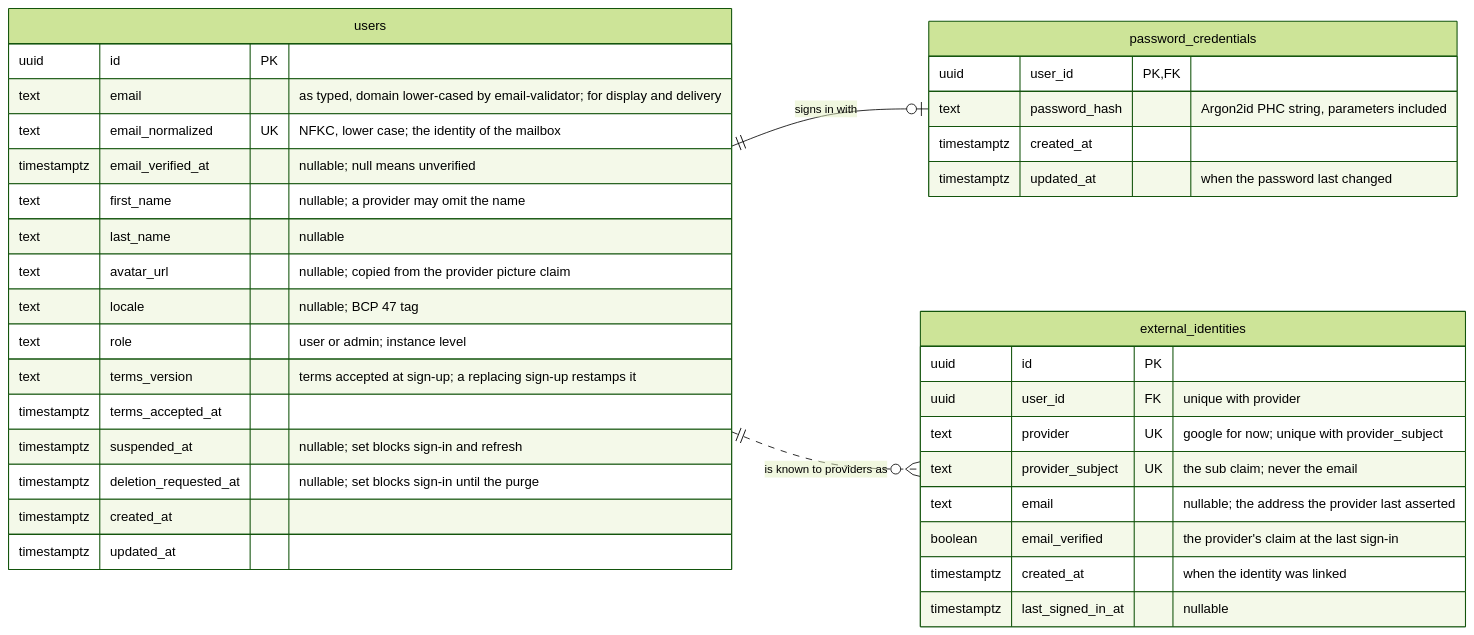
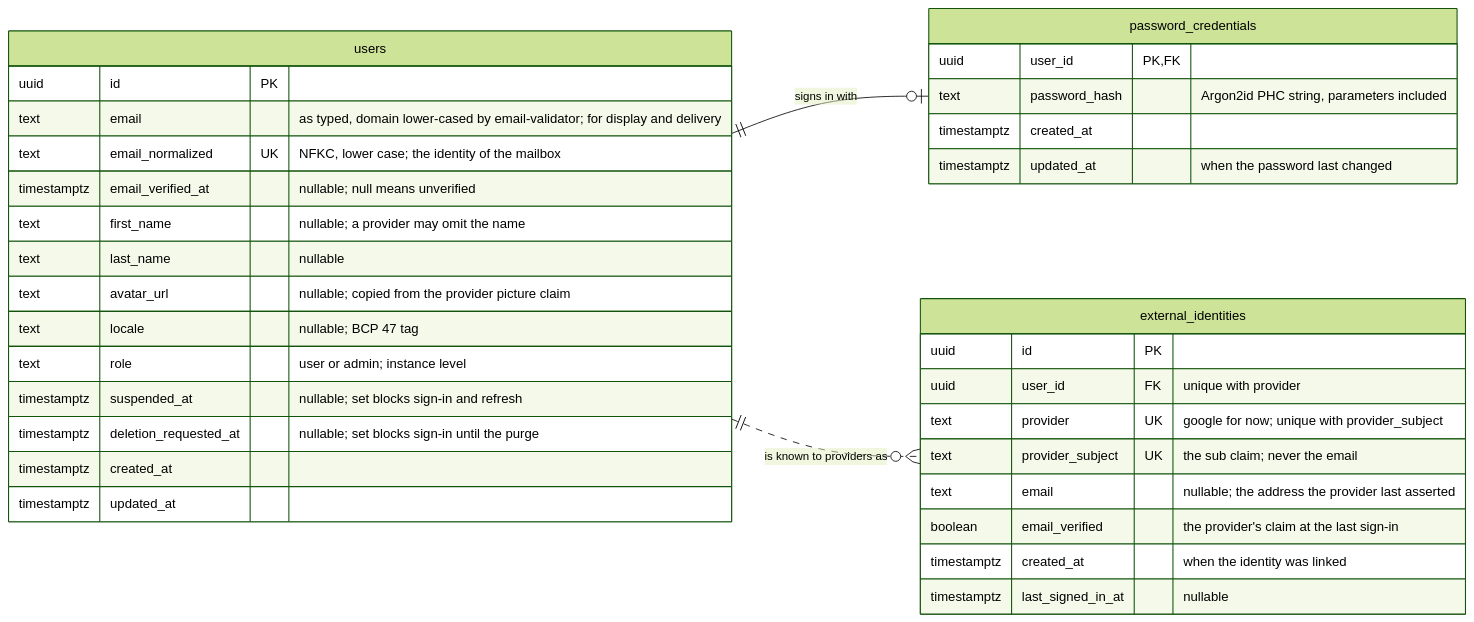
One commit to fam-tung-lam/job_status_found changed the second of 5 diagrams in ai/specs/18_09_2026__auth/18_09_2026__auth-erd.md. Above: the diagram before and after it, drawn with Mermaid (forest theme). The commit also changed other lines of this file and 22 other files, not shown here.

First line of the commit message:
feat(backend): defer terms version recording until the last MVP change

````diff
--- a/ai/specs/18_09_2026__auth/18_09_2026__auth-erd.md
+++ b/ai/specs/18_09_2026__auth/18_09_2026__auth-erd.md
@@ -68,43 +70,41 @@
 ```mermaid
 erDiagram
     direction LR
 
     USER ||--o| PASSWORD_CREDENTIAL: "signs in with"
     USER ||..o{ EXTERNAL_IDENTITY: "is known to providers as"
 
     USER["users"] {
         uuid id PK
         text email "as typed, domain lower-cased by email-validator; for display and delivery"
         text email_normalized UK "NFKC, lower case; the identity of the mailbox"
         timestamptz email_verified_at "nullable; null means unverified"
         text first_name "nullable; a provider may omit the name"
         text last_name "nullable"
         text avatar_url "nullable; copied from the provider picture claim"
         text locale "nullable; BCP 47 tag"
         text role "user or admin; instance level"
-        text terms_version "terms accepted at sign-up; a replacing sign-up restamps it"
-        timestamptz terms_accepted_at
         timestamptz suspended_at "nullable; set blocks sign-in and refresh"
         timestamptz deletion_requested_at "nullable; set blocks sign-in until the purge"
         timestamptz created_at
         timestamptz updated_at
     }
 
     PASSWORD_CREDENTIAL["password_credentials"] {
         uuid user_id PK, FK
         text password_hash "Argon2id PHC string, parameters included"
         timestamptz created_at
         timestamptz updated_at "when the password last changed"
     }
 
     EXTERNAL_IDENTITY["external_identities"] {
         uuid id PK
         uuid user_id FK "unique with provider"
         text provider UK "google for now; unique with provider_subject"
         text provider_subject UK "the sub claim; never the email"
         text email "nullable; the address the provider last asserted"
         boolean email_verified "the provider's claim at the last sign-in"
         timestamptz created_at "when the identity was linked"
         timestamptz last_signed_in_at "nullable"
     }
 ```
````
